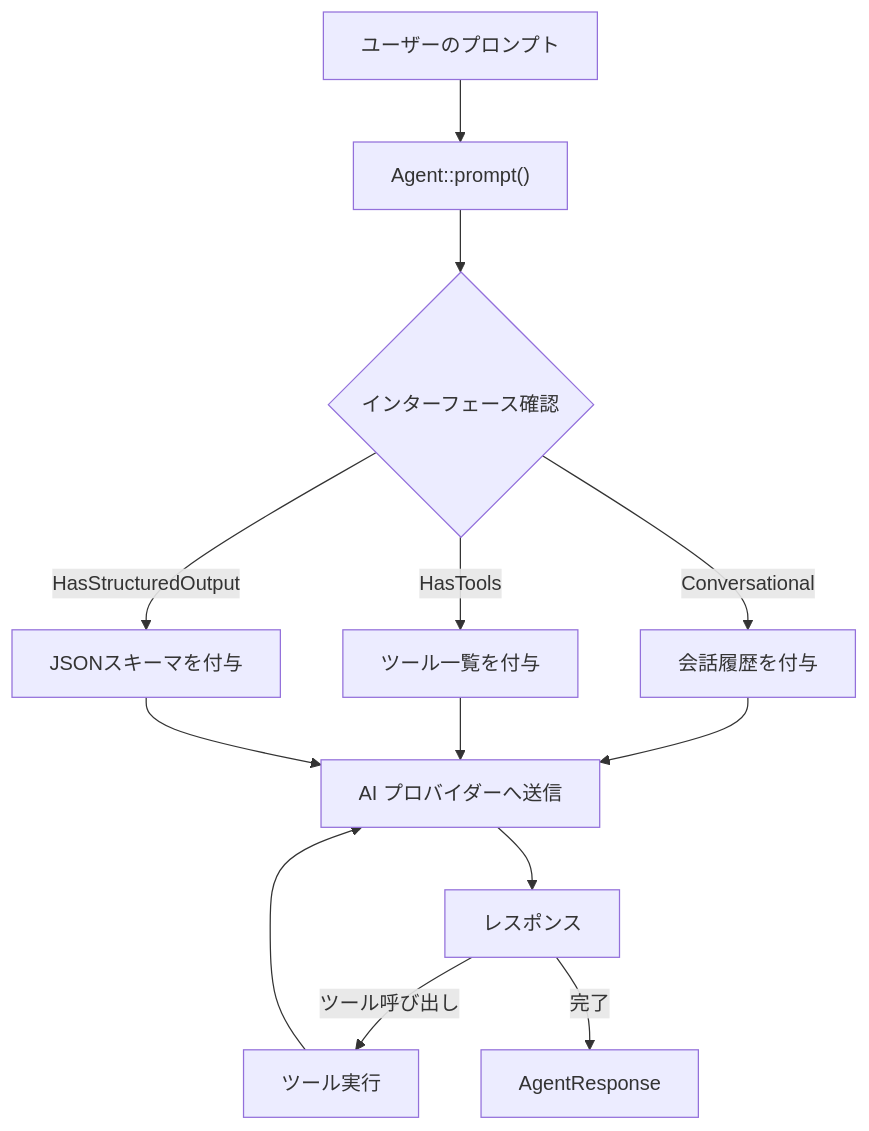
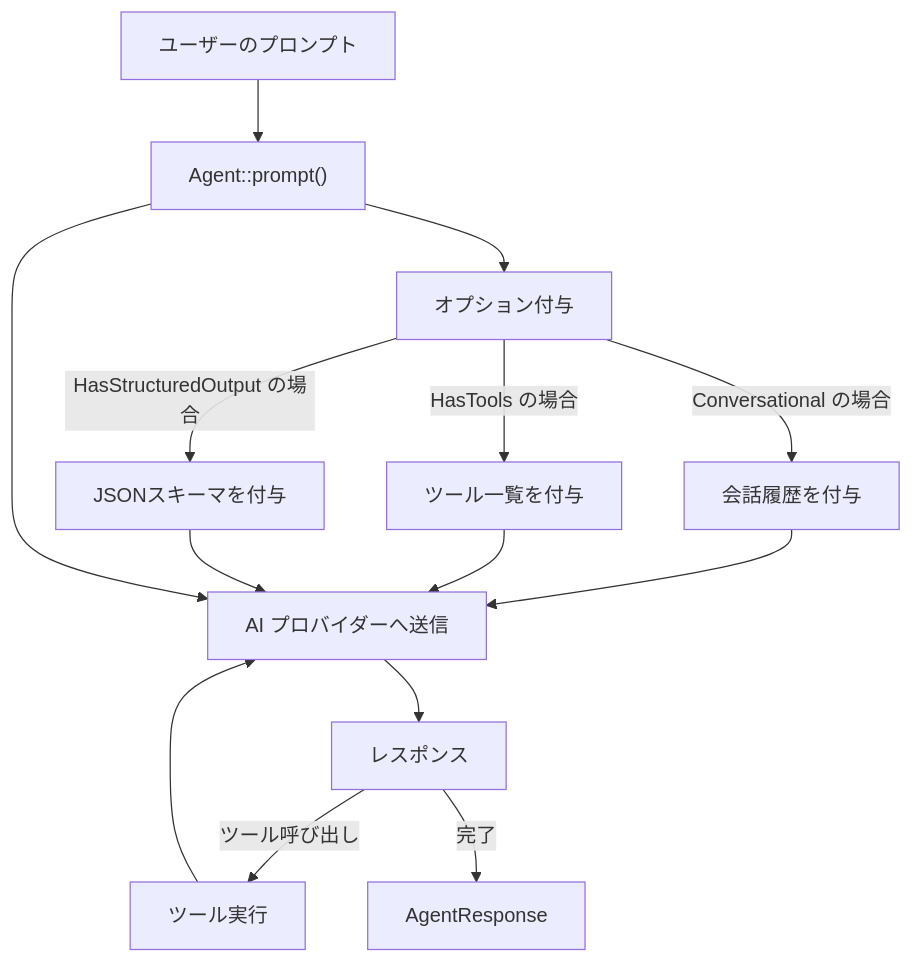
Before and after one commit to kawax/mintlify-docs: the diagram in jp/ai-sdk.mdx, drawn with Mermaid. The commit also changed other lines of this file and 1 other file, not shown here.

Commit message:
fix: address code review - description spacing, config model examples, Mermaid diagram clarity
Agent-Logs-Url: https://github.com/kawax/mintlify-docs/sessions/57688707-6752-4e91-bfd2-9e6b26d6b491

````diff
--- a/jp/ai-sdk.mdx
+++ b/jp/ai-sdk.mdx
@@ -180,13 +180,16 @@
 ```mermaid
 flowchart TD
     A["ユーザーのプロンプト"] --> B["Agent::prompt()"]
-    B --> C{"インターフェース確認"}
-    C -->|"Conversational"| D["会話履歴を付与"]
-    C -->|"HasTools"| E["ツール一覧を付与"]
-    C -->|"HasStructuredOutput"| F["JSONスキーマを付与"]
-    D & E & F --> G["AI プロバイダーへ送信"]
+    B --> C["オプション付与"]
+    C -->|"Conversational の場合"| D["会話履歴を付与"]
+    C -->|"HasTools の場合"| E["ツール一覧を付与"]
+    C -->|"HasStructuredOutput の場合"| F["JSONスキーマを付与"]
+    D --> G["AI プロバイダーへ送信"]
+    E --> G
+    F --> G
+    B --> G
     G --> H["レスポンス"]
     H -->|"ツール呼び出し"| I["ツール実行"]
     I --> G
     H -->|"完了"| J["AgentResponse"]
 ```
````
